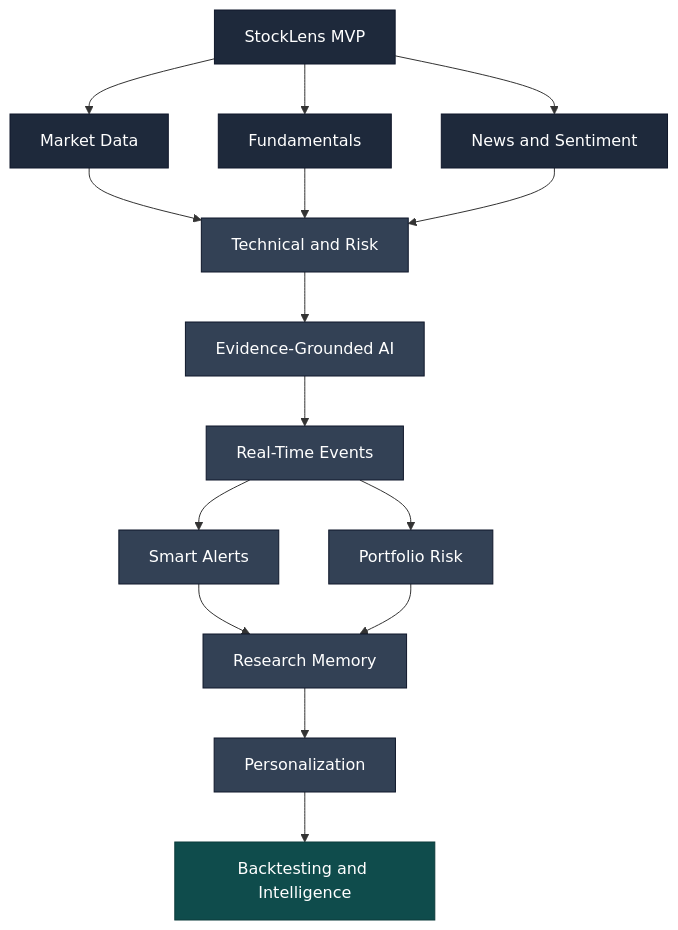
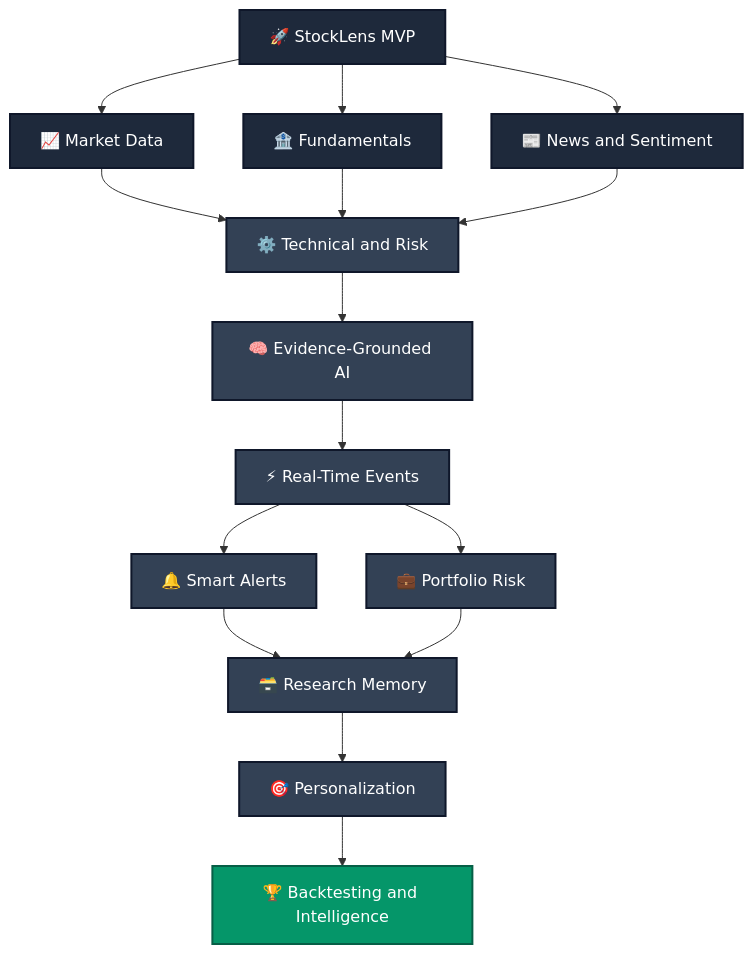
One commit to bbhavya34/StockLens changed the second of 7 diagrams in README.md. Above: the diagram before and after it, drawn with Mermaid. The commit also changed other lines of this file, not shown here.

````diff
--- a/README.md
+++ b/README.md
@@ -95,25 +119,25 @@
 ```mermaid
 flowchart TB
-    A[StockLens MVP] --> B[Market Data]
-    A --> C[Fundamentals]
-    A --> D[News and Sentiment]
-    B --> E[Technical and Risk]
+    A[🚀 StockLens MVP] --> B[📈 Market Data]
+    A --> C[🏦 Fundamentals]
+    A --> D[📰 News and Sentiment]
+    B --> E[⚙️ Technical and Risk]
     C --> E
     D --> E
-    E --> F[Evidence-Grounded AI]
-    F --> G[Real-Time Events]
-    G --> H[Smart Alerts]
-    G --> I[Portfolio Risk]
-    H --> J[Research Memory]
+    E --> F[🧠 Evidence-Grounded AI]
+    F --> G[⚡ Real-Time Events]
+    G --> H[🔔 Smart Alerts]
+    G --> I[💼 Portfolio Risk]
+    H --> J[🗃️ Research Memory]
     I --> J
-    J --> K[Personalization]
-    K --> L[Backtesting and Intelligence]
+    J --> K[🎯 Personalization]
+    K --> L[🏆 Backtesting and Intelligence]
 
-    classDef base fill:#1E293B,stroke:#0F172A,color:#fff
-    classDef mid fill:#334155,stroke:#0F172A,color:#fff
-    classDef final fill:#0F4C4C,stroke:#0B3A3A,color:#fff
+    classDef base fill:#1E293B,stroke:#0F172A,color:#fff,stroke-width:2px
+    classDef mid fill:#334155,stroke:#0F172A,color:#fff,stroke-width:2px
+    classDef final fill:#059669,stroke:#065F46,color:#fff,stroke-width:2px
 
     class A,B,C,D base
     class E,F,G,H,I,J,K mid
     class L final
 ```
````
